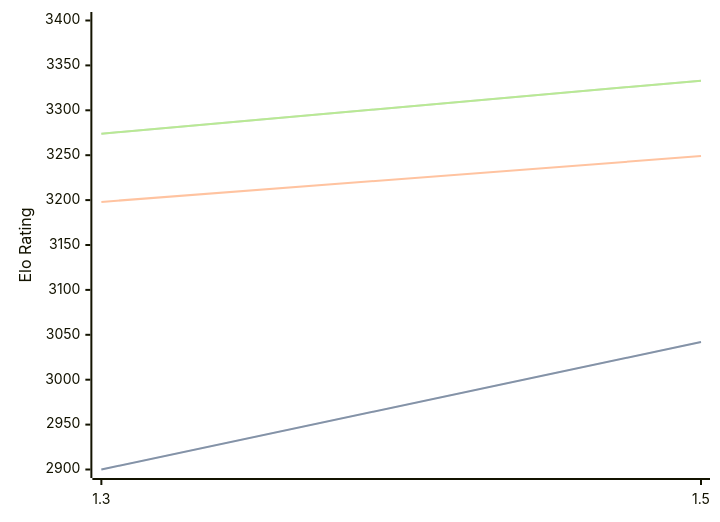
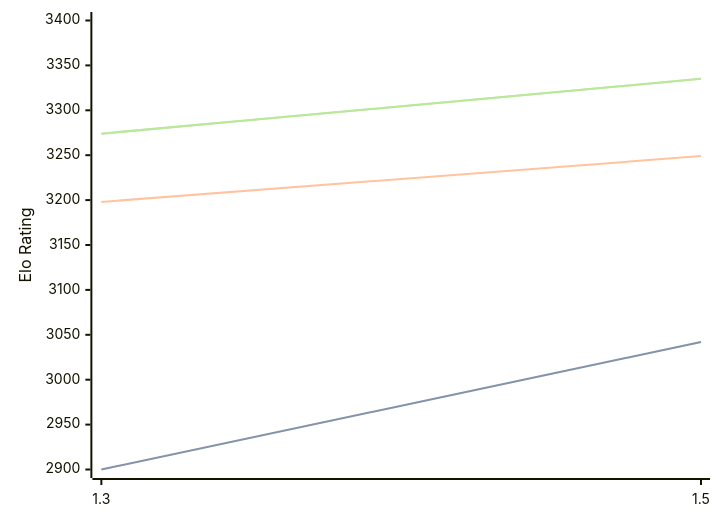
One commit to computer-chess-index/cci changed the third of 3 diagrams in engines/Lambergar.md. Above: the diagram before and after it, drawn with Mermaid. The commit also changed other lines of this file, not shown here.

Commit message:
Update CCI Ratings (ELO VLTC) - 2026-07-01

````diff
--- a/engines/Lambergar.md
+++ b/engines/Lambergar.md
@@ -77,11 +77,11 @@
 ```mermaid
 %%{init: {"theme":"base","themeVariables":{"seriesColors:['#a3a3a3','#222221','#faa371']}}}%%
 xychart-beta
   x-axis ["1.3", "1.5"]
   y-axis "Elo Rating" 2900 --> 3400
   line "STC (8.0+0.08s)" [2900, 3042]
   line "STC (8.0+0.08s)" [2900, 3042]
   line "LTC (60.0+0.60s)" [3198, 3249]
-  line "VLTC (2m24s+1.12s)" [3274, 3333]
-  line "VLTC (2m24s+1.12s)" [3274, 3333]
+  line "VLTC (2m24s+1.12s)" [3274, 3335]
+  line "VLTC (2m24s+1.12s)" [3274, 3335]
 ```
````
